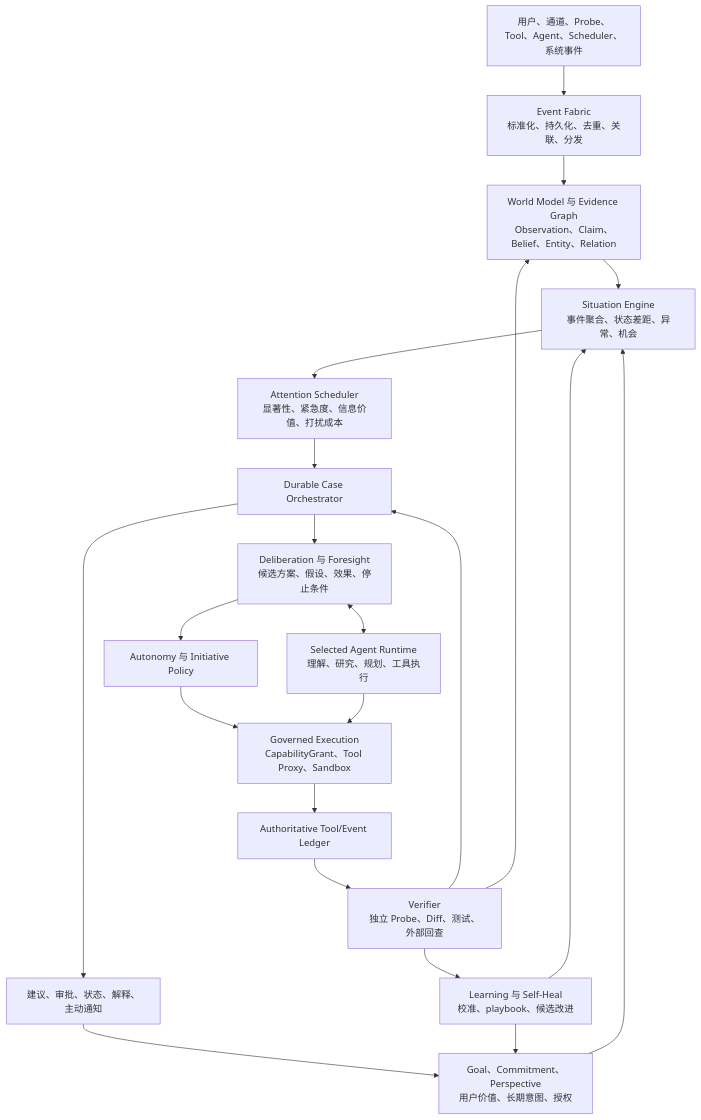
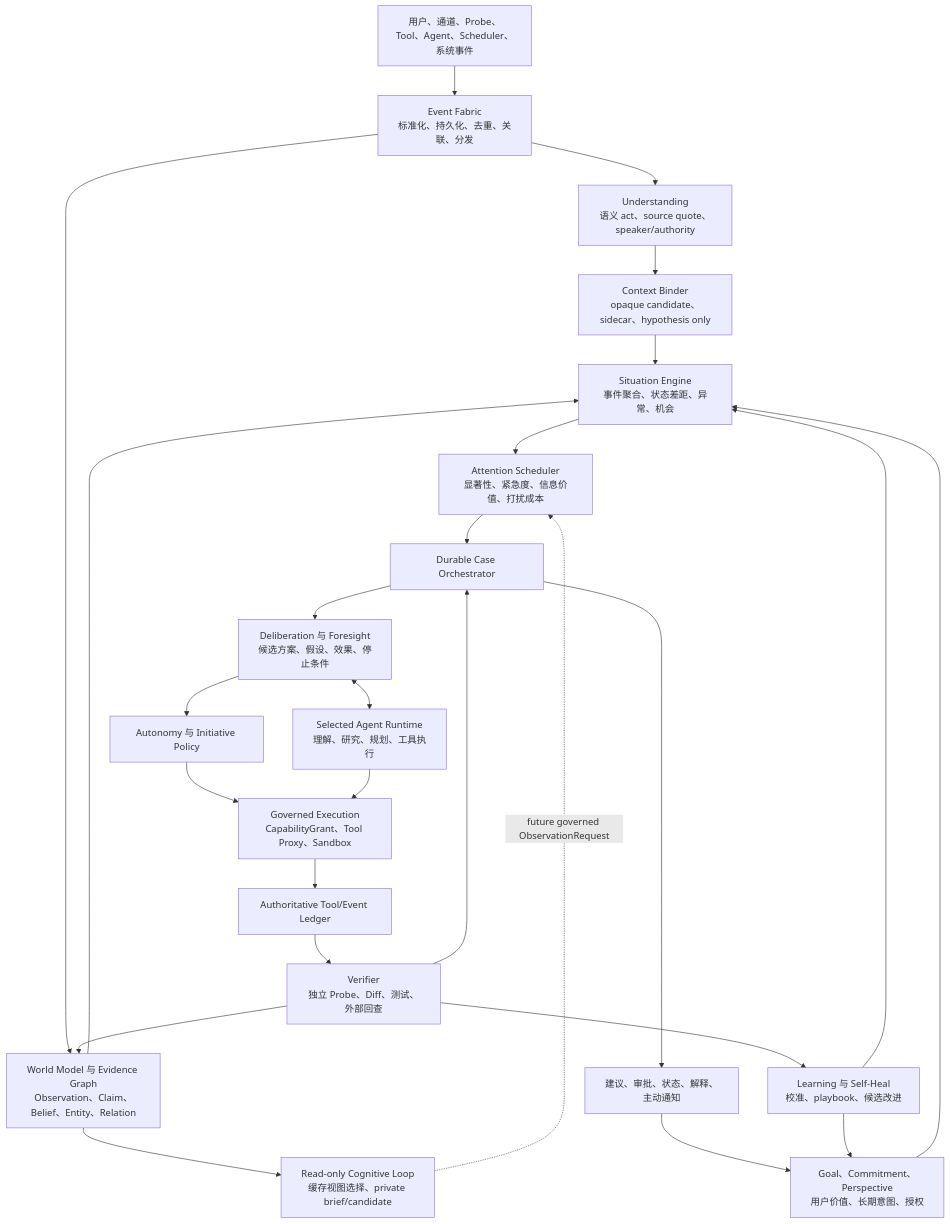
Before and after one commit to wenjiesong04/veyra: the first of 3 diagrams in docs/veyra_proactive_cognitive_architecture.md, drawn with Mermaid. The commit also changed other lines of this file and 25 other files, not shown here.

````diff
--- a/docs/veyra_proactive_cognitive_architecture.md
+++ b/docs/veyra_proactive_cognitive_architecture.md
@@ -424,23 +461,28 @@
 ```mermaid
 flowchart TD
     SRC["用户、通道、Probe、Tool、Agent、Scheduler、系统事件"] --> EF["Event Fabric<br/>标准化、持久化、去重、关联、分发"]
+    EF --> UC["Understanding<br/>语义 act、source quote、speaker/authority"]
+    UC --> CB["Context Binder<br/>opaque candidate、sidecar、hypothesis only"]
     EF --> EG["World Model 与 Evidence Graph<br/>Observation、Claim、Belief、Entity、Relation"]
+    CB --> SE
     EG --> SE["Situation Engine<br/>事件聚合、状态差距、异常、机会"]
+    EG --> RC["Read-only Cognitive Loop<br/>缓存视图选择、private brief/candidate"]
+    RC -. "future governed ObservationRequest" .-> AT
     GP["Goal、Commitment、Perspective<br/>用户价值、长期意图、授权"] --> SE
     SE --> AT["Attention Scheduler<br/>显著性、紧急度、信息价值、打扰成本"]
     AT --> DC["Durable Case Orchestrator"]
     DC --> DE["Deliberation 与 Foresight<br/>候选方案、假设、效果、停止条件"]
     DE <--> AG["Selected Agent Runtime<br/>理解、研究、规划、工具执行"]
     DE --> AP["Autonomy 与 Initiative Policy"]
     AP --> TP["Governed Execution<br/>CapabilityGrant、Tool Proxy、Sandbox"]
     AG --> TP
     TP --> TL["Authoritative Tool/Event Ledger"]
     TL --> VE["Verifier<br/>独立 Probe、Diff、测试、外部回查"]
     VE --> DC
     VE --> EG
     DC --> UX["建议、审批、状态、解释、主动通知"]
     UX --> GP
     VE --> LL["Learning 与 Self-Heal<br/>校准、playbook、候选改进"]
     LL --> GP
     LL --> SE
 ```
````
